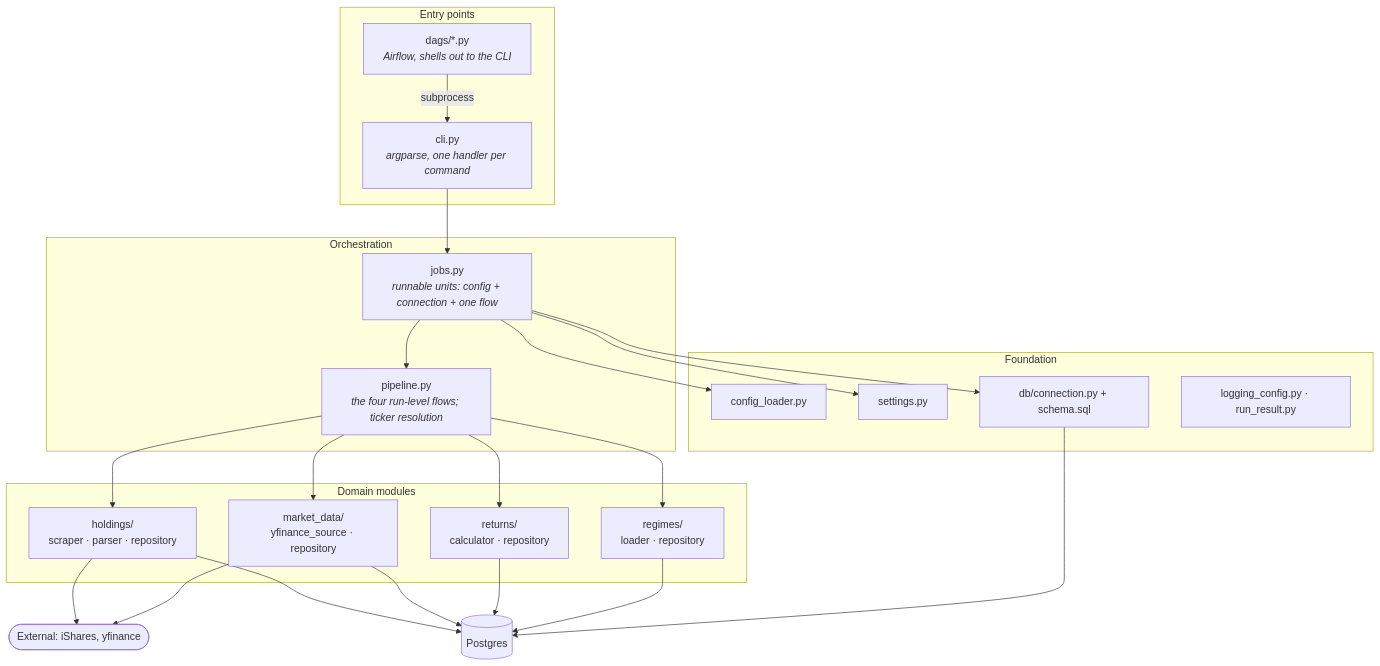
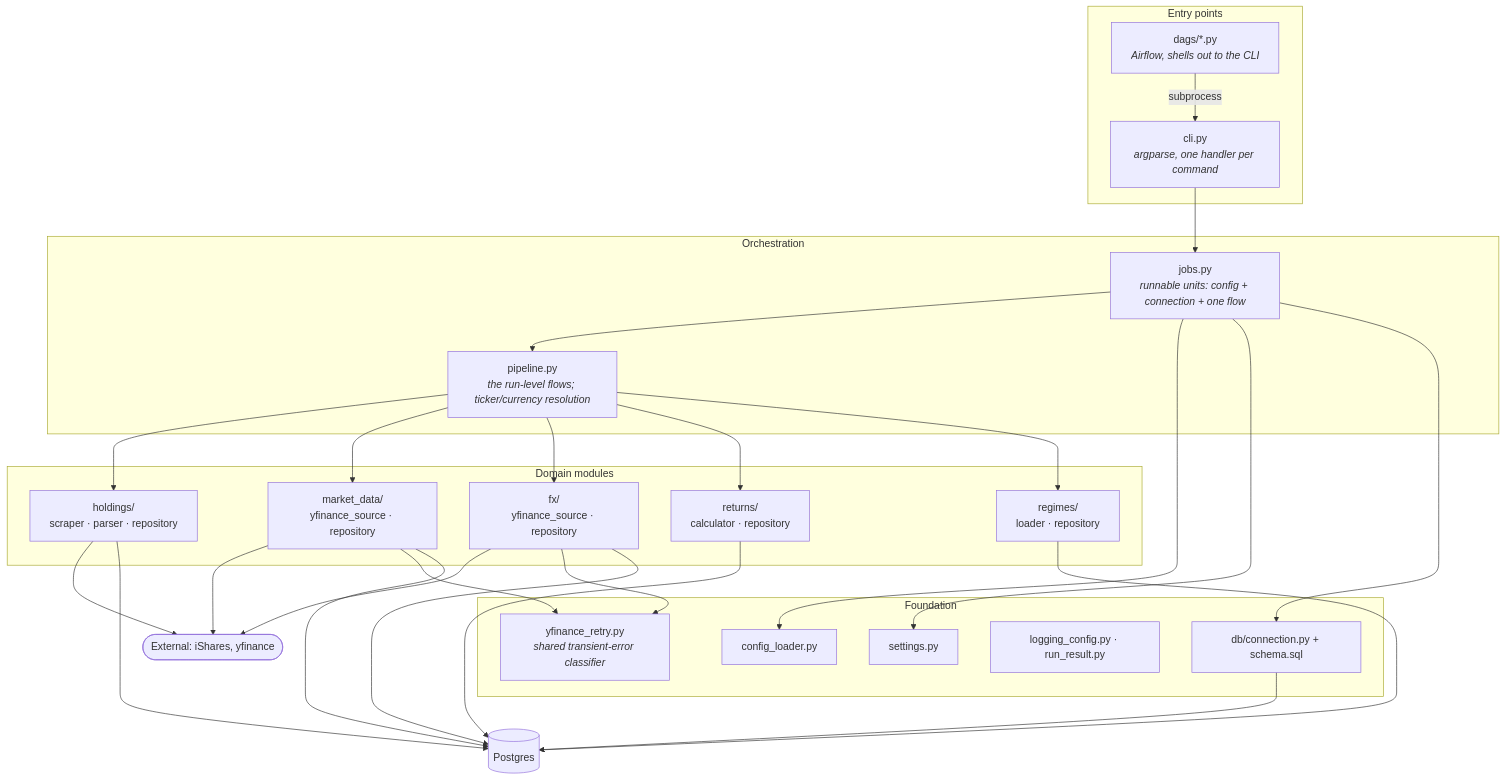
One commit to jpedropereira/Stakehold changed the first of 3 diagrams in services/data-store/docs/architecture.md. Above: the diagram before and after it, drawn with Mermaid. The commit also changed other lines of this file and 31 other files, not shown here.

````diff
--- a/services/data-store/docs/architecture.md
+++ b/services/data-store/docs/architecture.md
@@ -33,47 +37,54 @@
 ```mermaid
 flowchart TD
     subgraph entry["Entry points"]
         CLI["cli.py<br/><i>argparse, one handler per command</i>"]
         DAGS["dags/*.py<br/><i>Airflow, shells out to the CLI</i>"]
     end
 
     subgraph orch["Orchestration"]
         JOBS["jobs.py<br/><i>runnable units: config + connection + one flow</i>"]
-        PIPE["pipeline.py<br/><i>the four run-level flows; ticker resolution</i>"]
+        PIPE["pipeline.py<br/><i>the run-level flows; ticker/currency resolution</i>"]
     end
 
     subgraph domain["Domain modules"]
         HOLD["holdings/<br/>scraper · parser · repository"]
         MKT["market_data/<br/>yfinance_source · repository"]
+        FX["fx/<br/>yfinance_source · repository"]
         RET["returns/<br/>calculator · repository"]
         REG["regimes/<br/>loader · repository"]
     end
 
     subgraph found["Foundation"]
         CONF["config_loader.py"]
         SET["settings.py"]
         DB["db/connection.py + schema.sql"]
         LOG["logging_config.py · run_result.py"]
+        RETRY["yfinance_retry.py<br/><i>shared transient-error classifier</i>"]
     end
 
     PG[("Postgres")]
     EXT(["External: iShares, yfinance"])
 
     DAGS -->|subprocess| CLI
     CLI --> JOBS
     JOBS --> PIPE
     JOBS --> CONF
     JOBS --> SET
     JOBS --> DB
     PIPE --> HOLD
     PIPE --> MKT
+    PIPE --> FX
     PIPE --> RET
     PIPE --> REG
     HOLD --> EXT
     MKT --> EXT
+    FX --> EXT
+    MKT --> RETRY
+    FX --> RETRY
     HOLD --> PG
     MKT --> PG
+    FX --> PG
     RET --> PG
     REG --> PG
     DB --> PG
 ```
````
